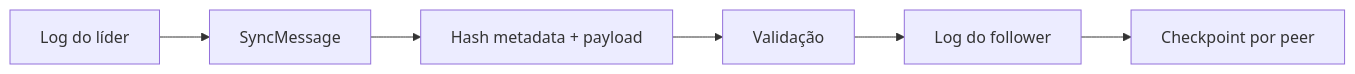
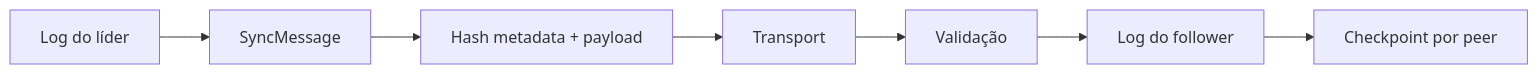
Before and after one commit to dnettoRaw/appcore-wiki: the diagram in i18n/pt/docusaurus-plugin-content-docs/current/architecture/synchronization.md, drawn with Mermaid. The commit also changed other lines of this file and 16 other files, not shown here.

````diff
--- a/i18n/pt/docusaurus-plugin-content-docs/current/architecture/synchronization.md
+++ b/i18n/pt/docusaurus-plugin-content-docs/current/architecture/synchronization.md
@@ -22,8 +22,9 @@
 ```mermaid
 flowchart LR
     LeaderLog[Log do líder] --> Batch[SyncMessage]
     Batch --> Hash[Hash metadata + payload]
-    Hash --> Receiver[Validação]
+    Hash --> Transport[Transport]
+    Transport --> Receiver[Validação]
     Receiver --> FollowerLog[Log do follower]
     FollowerLog --> Checkpoint[Checkpoint por peer]
 ```
````
